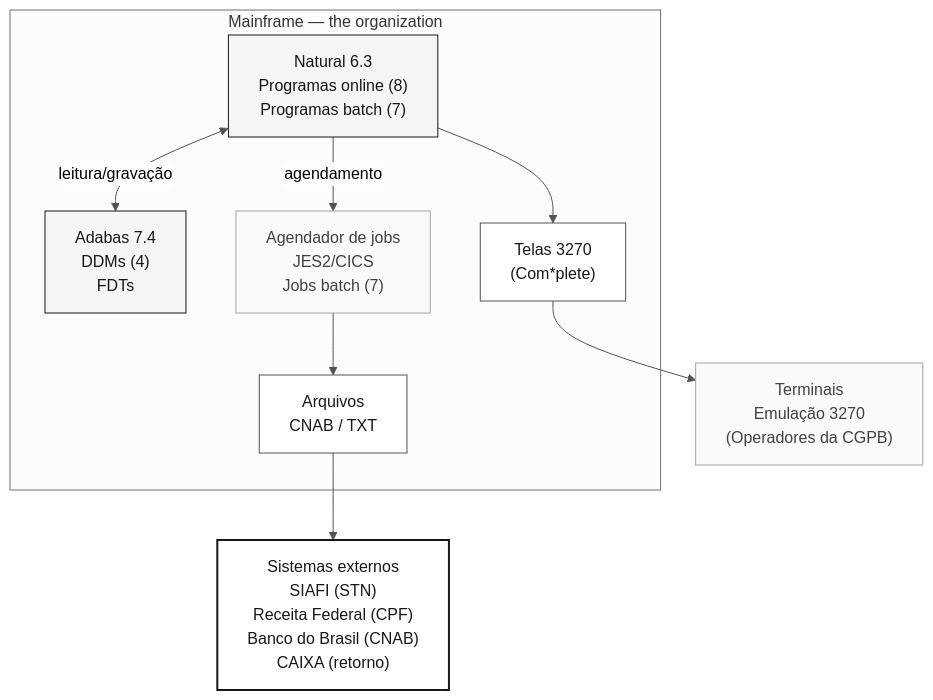
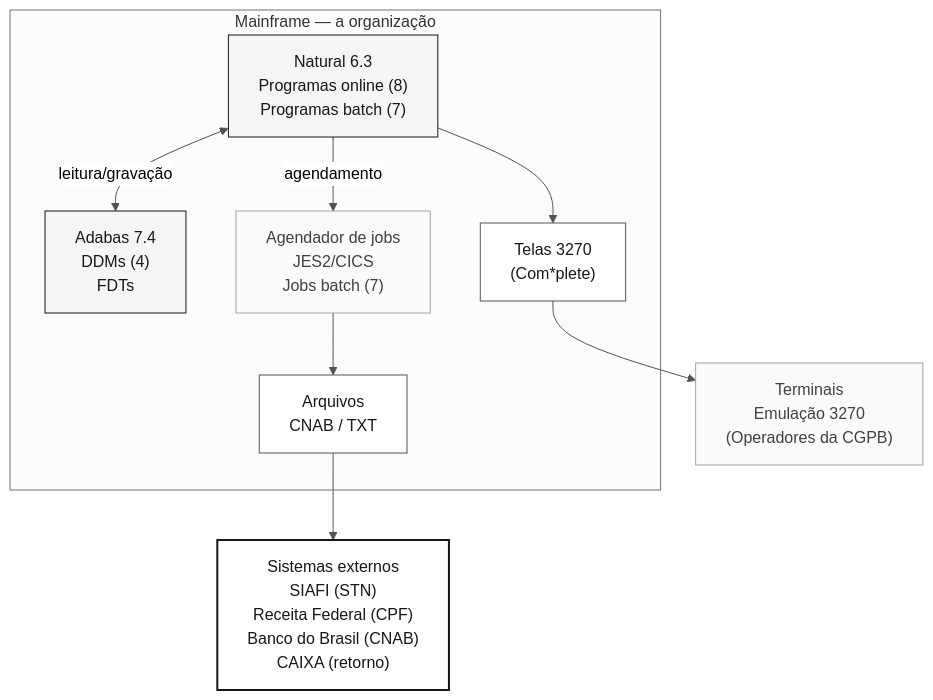
One commit to workshop-gbb/datacorp-sifap-legacy changed the diagram in 01-archaeology/legacy-sifap/README.md. Above: the diagram before and after it, drawn with Mermaid. The commit also changed other lines of this file and 10 other files, not shown here.

````diff
--- a/01-archaeology/legacy-sifap/README.md
+++ b/01-archaeology/legacy-sifap/README.md
@@ -96,21 +96,21 @@
 ```mermaid
 %%{init: {'theme':'neutral','themeVariables':{'fontFamily':'ui-sans-serif, system-ui, sans-serif','primaryColor':'#F5F5F5','primaryTextColor':'#171717','primaryBorderColor':'#171717','lineColor':'#525252','secondaryColor':'#FFFFFF','tertiaryColor':'#FAFAFA','background':'#FFFFFF'}}}%%
 flowchart TB
     classDef step fill:#F5F5F5,stroke:#171717,color:#171717
     classDef alt fill:#FFFFFF,stroke:#525252,color:#171717
     classDef muted fill:#FAFAFA,stroke:#A3A3A3,color:#404040
     classDef result fill:#FFFFFF,stroke:#171717,color:#171717,stroke-width:2px
 
-    subgraph MF["Mainframe — the organization"]
+    subgraph MF["Mainframe — a organização"]
         NAT["Natural 6.3<br/>Programas online (8)<br/>Programas batch (7)"]:::step
         ADA["Adabas 7.4<br/>DDMs (4)<br/>FDTs"]:::step
         JES["Agendador de jobs<br/>JES2/CICS<br/>Jobs batch (7)"]:::muted
         NAT <-->|"leitura/gravação"| ADA
         NAT -->|"agendamento"| JES
         NAT --> T3270["Telas 3270<br/>(Com*plete)"]:::alt
         JES --> ARQ["Arquivos<br/>CNAB / TXT"]:::alt
     end
 
     T3270 --> OP["Terminais<br/>Emulação 3270<br/>(Operadores da CGPB)"]:::muted
     ARQ --> EXT["Sistemas externos<br/>SIAFI (STN)<br/>Receita Federal (CPF)<br/>Banco do Brasil (CNAB)<br/>CAIXA (retorno)"]:::result
 ```
````
